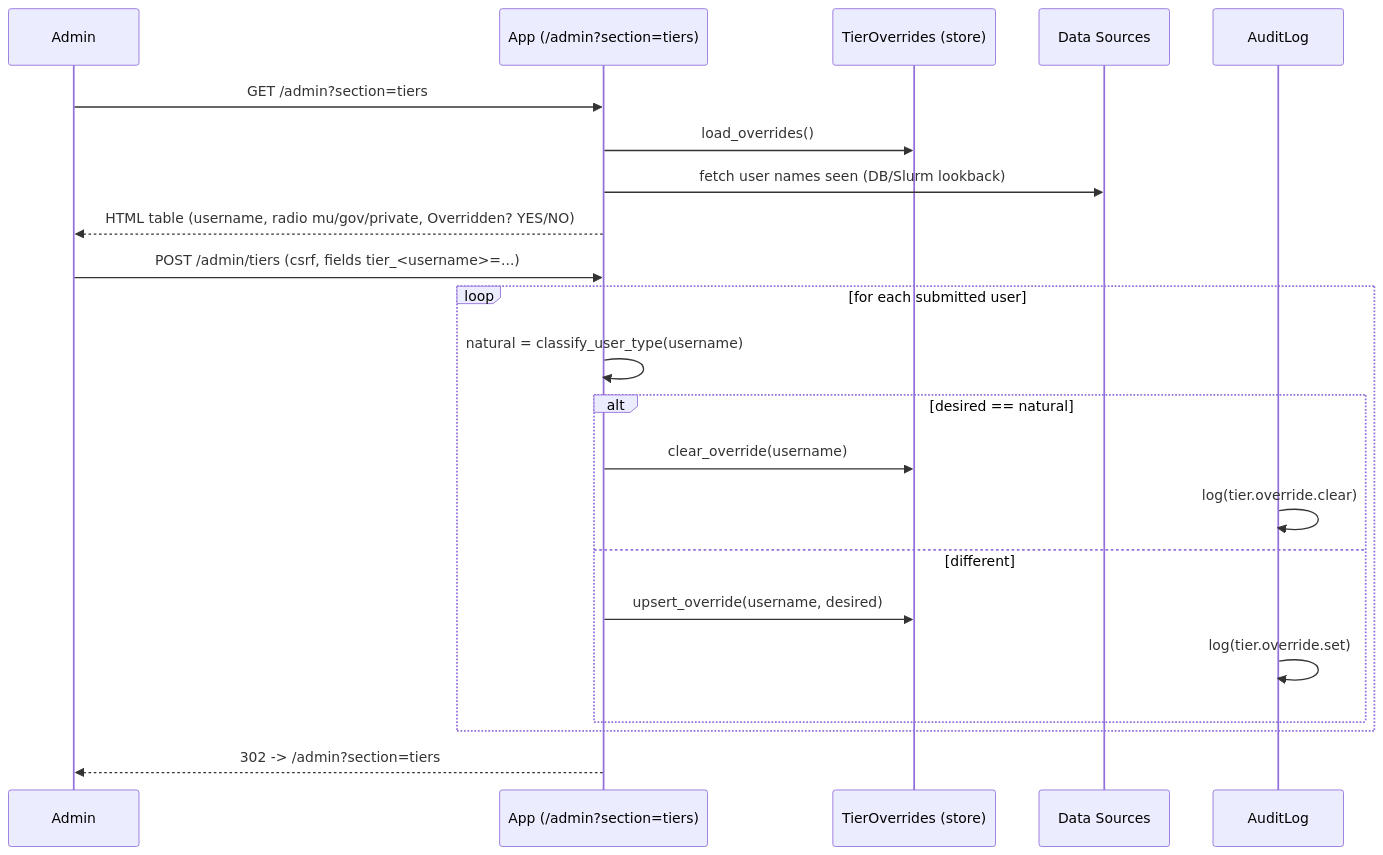
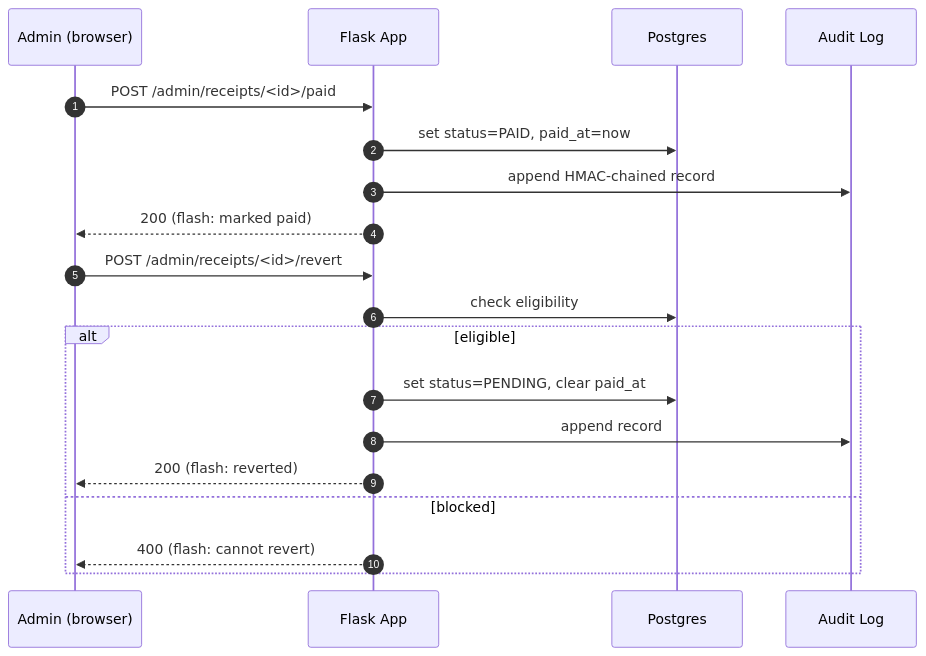
One commit to Purinat33/hpc_flask changed the third of 3 diagrams in docs/05-flows.md. Above: the diagram before and after it, drawn with Mermaid. The commit also changed other lines of this file and 5 other files, not shown here.

````diff
--- a/docs/05-flows.md
+++ b/docs/05-flows.md
@@ -177,26 +55,23 @@
 ```mermaid
 sequenceDiagram
-  participant A as Admin
-  participant App as App (/admin?section=tiers)
-  participant TI as TierOverrides (store)
-  participant DS as Data Sources
-  participant AUD as AuditLog
+  autonumber
+  participant A as Admin (browser)
+  participant App as Flask App
+  participant DB as Postgres
+  participant Audit as Audit Log
 
-  A->>App: GET /admin?section=tiers
-  App->>TI: load_overrides()
-  App->>DS: fetch user names seen (DB/Slurm lookback)
-  App-->>A: HTML table (username, radio mu/gov/private, Overridden? YES/NO)
+  A->>App: POST /admin/receipts/<id>/paid
+  App->>DB: set status=PAID, paid_at=now
+  App->>Audit: append HMAC-chained record
+  App-->>A: 200 (flash: marked paid)
 
-  A->>App: POST /admin/tiers (csrf, fields tier_<username>=...)
-  loop for each submitted user
-    App->>App: natural = classify_user_type(username)
-    alt desired == natural
-      App->>TI: clear_override(username)  # removes override
-      AUD->>AUD: log(tier.override.clear)
-    else different
-      App->>TI: upsert_override(username, desired)
-      AUD->>AUD: log(tier.override.set)
-    end
+  A->>App: POST /admin/receipts/<id>/revert
+  App->>DB: check eligibility
+  alt eligible
+    App->>DB: set status=PENDING, clear paid_at
+    App->>Audit: append record
+    App-->>A: 200 (flash: reverted)
+  else blocked
+    App-->>A: 400 (flash: cannot revert)
   end
-  App-->>A: 302 -> /admin?section=tiers
 ```
````
